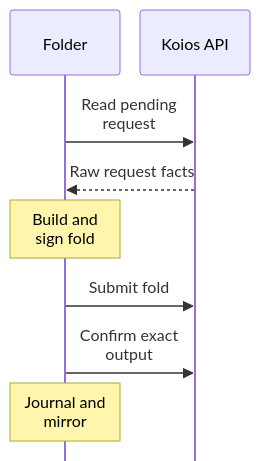
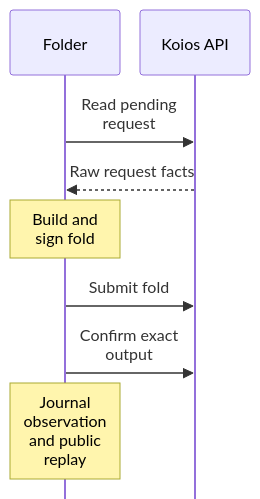
One commit to lambdasistemi/singular changed the second of 6 diagrams in docs/singular-node.md. Above: the diagram before and after it, drawn with Mermaid. The commit also changed other lines of this file and 39 other files, not shown here.

Commit message:
docs(registry): replace saved-mirror onboarding with public replay

````diff
--- a/docs/singular-node.md
+++ b/docs/singular-node.md
@@ -103,12 +136,12 @@
 ```mermaid
 %%{init: {'sequence': {'actorMargin': 20, 'width': 110, 'wrap': true, 'mirrorActors': false}}}%%
 sequenceDiagram
     participant W as Folder
     participant P as Koios API
     W->>P: Read pending request
     P-->>W: Raw request facts
     Note over W: Build and sign fold
     W->>P: Submit fold
     W->>P: Confirm exact output
-    Note over W: Journal and mirror
+    Note over W: Journal observation and public replay
 ```
````
